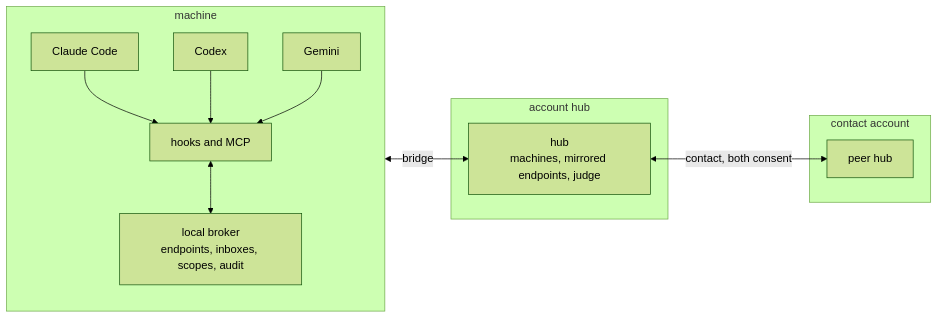
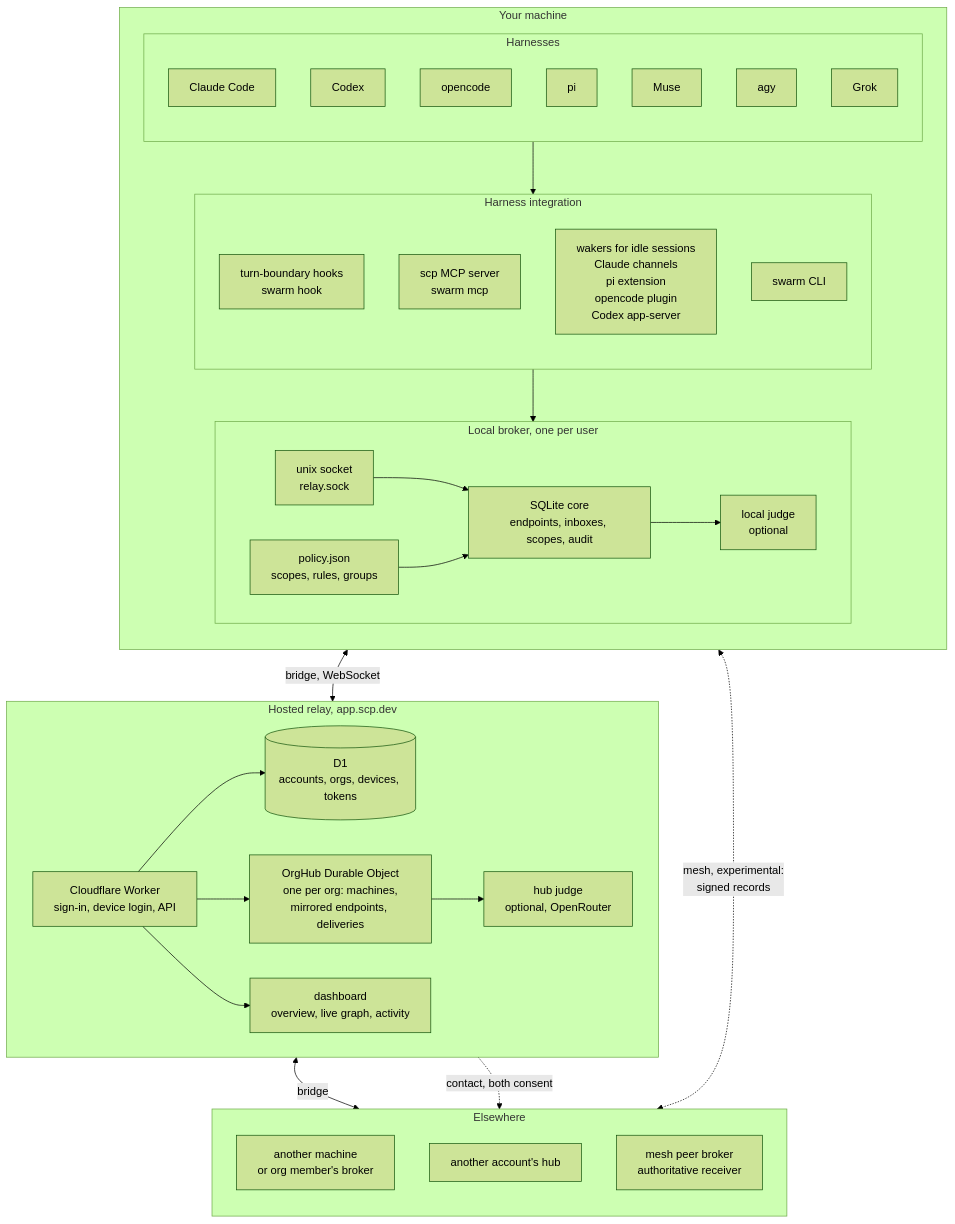
Before and after one commit to scphq/scp: the first of 2 diagrams in README.md, drawn with Mermaid (forest theme). The commit also changed other lines of this file and 15 other files, not shown here.

First line of the commit message:
docs: architecture diagrams in mermaid, README rework (#73)

````diff
--- a/README.md
+++ b/README.md
@@ -70,23 +114,60 @@
 ```mermaid
-flowchart LR
-  subgraph machine["machine"]
+flowchart TB
+  subgraph machine["Your machine"]
     direction TB
-    claude["Claude Code"]
-    codex["Codex"]
-    gemini["Gemini"]
-    hooks["hooks and MCP"]
-    broker["local broker<br/>endpoints, inboxes, scopes, audit"]
-    claude --> hooks
-    codex --> hooks
-    gemini --> hooks
-    hooks <--> broker
+    subgraph harnesses["Harnesses"]
+      direction TB
+      claude["Claude Code"]
+      codex["Codex"]
+      opencode["opencode"]
+      pi["pi"]
+      muse["Muse"]
+      agy["agy"]
+      grok["Grok"]
+    end
+    subgraph integration["Harness integration"]
+      direction TB
+      hooks["turn-boundary hooks<br/>swarm hook"]
+      mcp["scp MCP server<br/>swarm mcp"]
+      wake["wakers for idle sessions<br/>Claude channels<br/>pi extension<br/>opencode plugin<br/>Codex app-server"]
+      cli["swarm CLI"]
+    end
+    subgraph broker["Local broker, one per user"]
+      direction LR
+      sock["unix socket<br/>relay.sock"]
+      core["SQLite core<br/>endpoints, inboxes, scopes, audit"]
+      policy["policy.json<br/>scopes, rules, groups"]
+      ljudge["local judge<br/>optional"]
+      sock --> core
+      policy --> core
+      core --> ljudge
+    end
+    harnesses --> integration
+    integration --> broker
   end
-  subgraph acct["account hub"]
-    hub["hub<br/>machines, mirrored endpoints, judge"]
+
+  subgraph relay["Hosted relay, app.scp.dev"]
+    direction LR
+    worker["Cloudflare Worker<br/>sign-in, device login, API"]
+    d1[("D1<br/>accounts, orgs, devices, tokens")]
+    hub["OrgHub Durable Object<br/>one per org: machines,<br/>mirrored endpoints, deliveries"]
+    hjudge["hub judge<br/>optional, OpenRouter"]
+    dash["dashboard<br/>overview, live graph, activity"]
+    worker --> d1
+    worker --> hub
+    worker --> dash
+    hub --> hjudge
   end
-  subgraph other["contact account"]
-    peer["peer hub"]
+
+  subgraph remote["Elsewhere"]
+    direction TB
+    other["another machine<br/>or org member's broker"]
+    peer["another account's hub"]
+    meshpeer["mesh peer broker<br/>authoritative receiver"]
   end
-  broker <-->|bridge| hub
-  hub <-->|"contact, both consent"| peer
+
+  broker <-->|"bridge, WebSocket"| relay
+  relay <-->|bridge| other
+  relay -.->|"contact, both consent"| peer
+  broker <-.->|"mesh, experimental:<br/>signed records"| meshpeer
 ```
````
